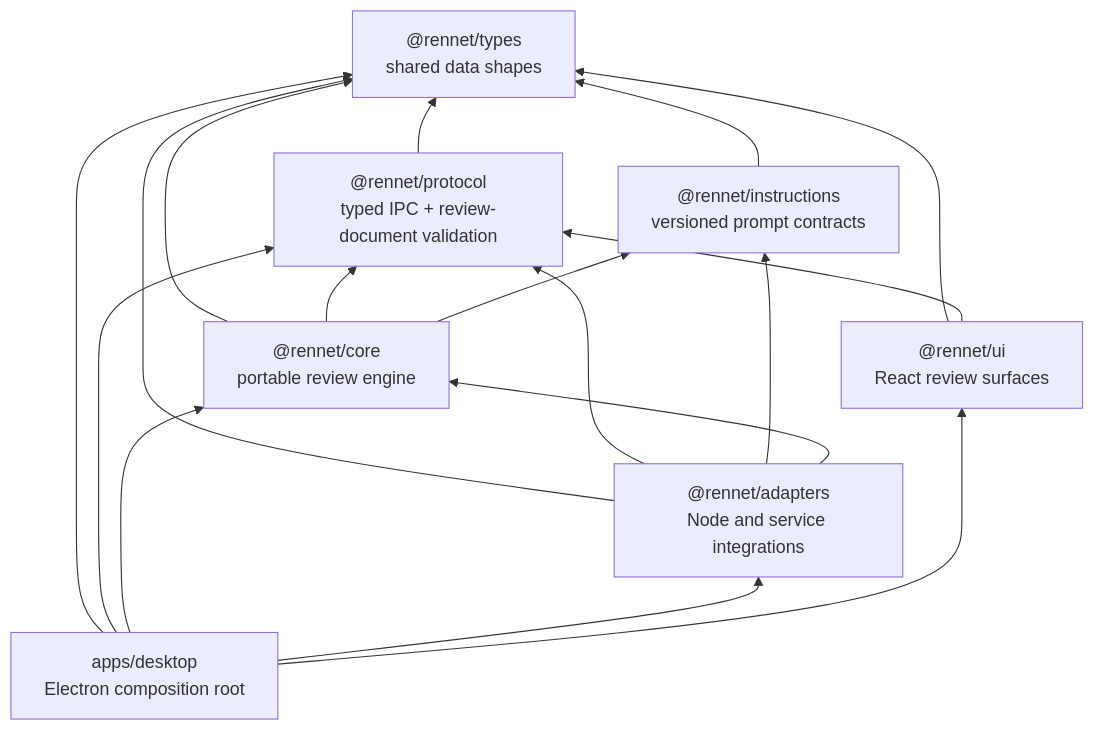
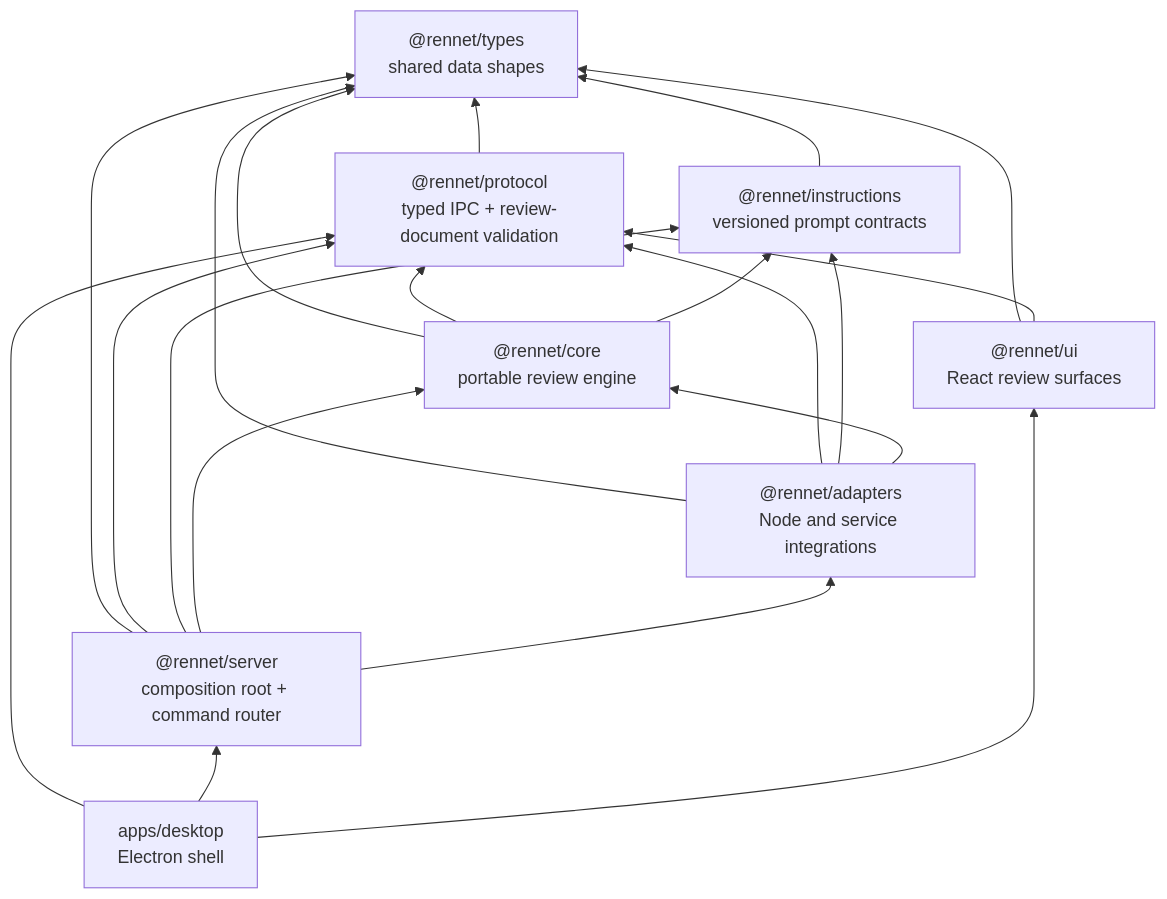
The second of 5 diagrams in docs/src/content/docs/developing/concepts/architecture-overview.md (rbutera/Rennet), drawn with Mermaid before and after one commit. The commit also changed other lines of this file and 10 other files, not shown here.

First line of the commit message:
refactor(server): createRennetServer composition root; desktop main becomes a shell (#377)

````diff
--- a/docs/src/content/docs/developing/concepts/architecture-overview.md
+++ b/docs/src/content/docs/developing/concepts/architecture-overview.md
@@ -49,27 +57,31 @@
 ```mermaid
 flowchart BT
   types["@rennet/types<br/>shared data shapes"]
   protocol["@rennet/protocol<br/>typed IPC + review-document validation"]
   instructions["@rennet/instructions<br/>versioned prompt contracts"]
   core["@rennet/core<br/>portable review engine"]
   adapters["@rennet/adapters<br/>Node and service integrations"]
+  server["@rennet/server<br/>composition root + command router"]
   ui["@rennet/ui<br/>React review surfaces"]
-  desktop["apps/desktop<br/>Electron composition root"]
+  desktop["apps/desktop<br/>Electron shell"]
 
   protocol --> types
   instructions --> types
   core --> types
   core --> protocol
   core --> instructions
   adapters --> types
   adapters --> protocol
   adapters --> instructions
   adapters --> core
+  server --> types
+  server --> protocol
+  server --> instructions
+  server --> core
+  server --> adapters
   ui --> types
   ui --> protocol
-  desktop --> types
   desktop --> protocol
-  desktop --> core
-  desktop --> adapters
+  desktop --> server
   desktop --> ui
 ```
````
